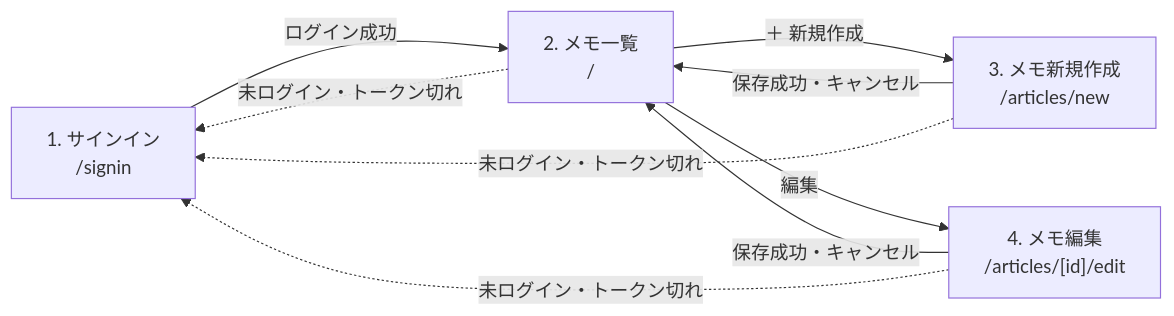
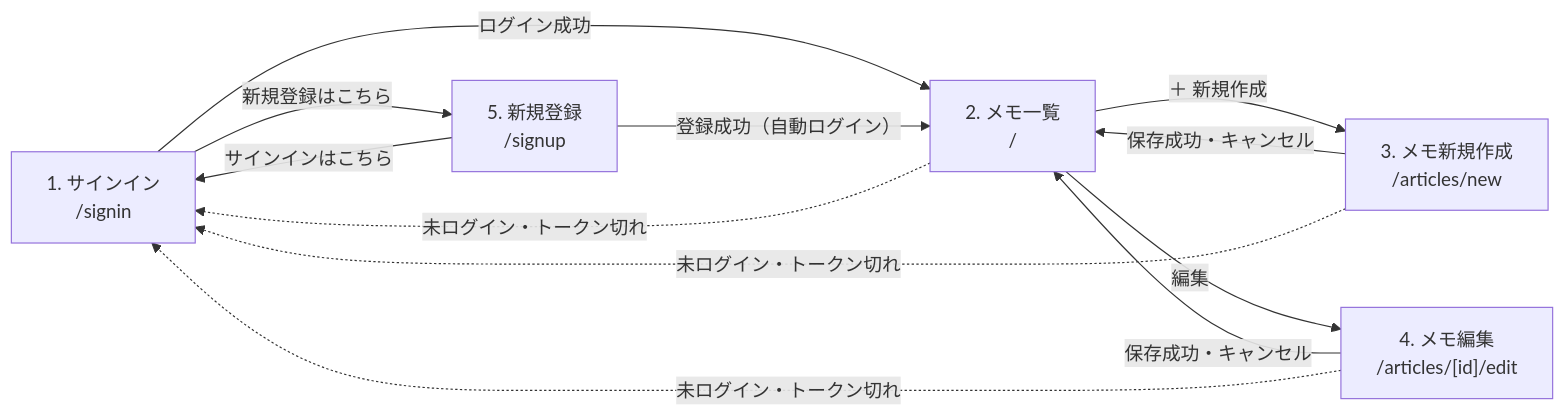
The diagram in docs/screen-spec.md (totolacode/mavs-task-nextjs), drawn with Mermaid before and after one commit. The commit also changed other lines of this file and 12 other files, not shown here.

````diff
--- a/docs/screen-spec.md
+++ b/docs/screen-spec.md
@@ -16,16 +17,20 @@
 ```mermaid
 flowchart LR
     signin["1. サインイン<br>/signin"]
+    signup["5. 新規登録<br>/signup"]
     list["2. メモ一覧<br>/"]
     create["3. メモ新規作成<br>/articles/new"]
     edit["4. メモ編集<br>/articles/[id]/edit"]
 
     signin -- ログイン成功 --> list
+    signin -- 新規登録はこちら --> signup
+    signup -- 登録成功（自動ログイン） --> list
+    signup -- サインインはこちら --> signin
     list -- ＋ 新規作成 --> create
     list -- 編集 --> edit
     create -- 保存成功・キャンセル --> list
     edit -- 保存成功・キャンセル --> list
     list -. 未ログイン・トークン切れ .-> signin
     create -. 未ログイン・トークン切れ .-> signin
     edit -. 未ログイン・トークン切れ .-> signin
 ```
````
